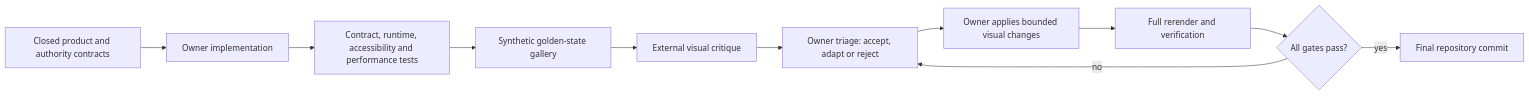
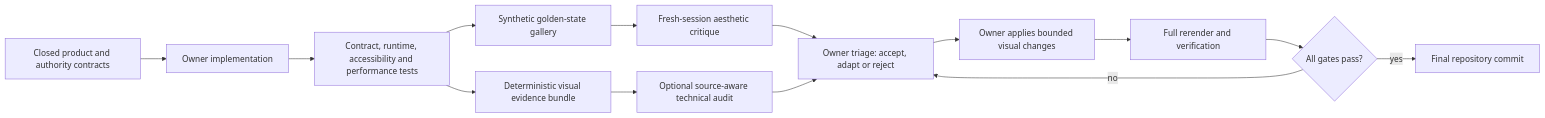
Before and after one commit to anomalia0287-ai/modori: the first of 2 diagrams in docs/superpowers/specs/2026-07-16-dual-key-ui-visual-finish-design.md, drawn with Mermaid. The commit also changed other lines of this file, not shown here.

Commit message:
docs: reconcile dual-key visual review modes

````diff
--- a/docs/superpowers/specs/2026-07-16-dual-key-ui-visual-finish-design.md
+++ b/docs/superpowers/specs/2026-07-16-dual-key-ui-visual-finish-design.md
@@ -121,13 +130,16 @@
 ```mermaid
 flowchart LR
     C["Closed product and authority contracts"] --> I["Owner implementation"]
     I --> T["Contract, runtime, accessibility and performance tests"]
     T --> G["Synthetic golden-state gallery"]
-    G --> R["External visual critique"]
-    R --> D["Owner triage: accept, adapt or reject"]
+    T --> E["Deterministic visual evidence bundle"]
+    G --> R1["Fresh-session aesthetic critique"]
+    E --> R2["Optional source-aware technical audit"]
+    R1 --> D["Owner triage: accept, adapt or reject"]
+    R2 --> D
     D --> I2["Owner applies bounded visual changes"]
     I2 --> T2["Full rerender and verification"]
     T2 --> A{"All gates pass?"}
     A -->|yes| F["Final repository commit"]
     A -->|no| D
 ```
````
